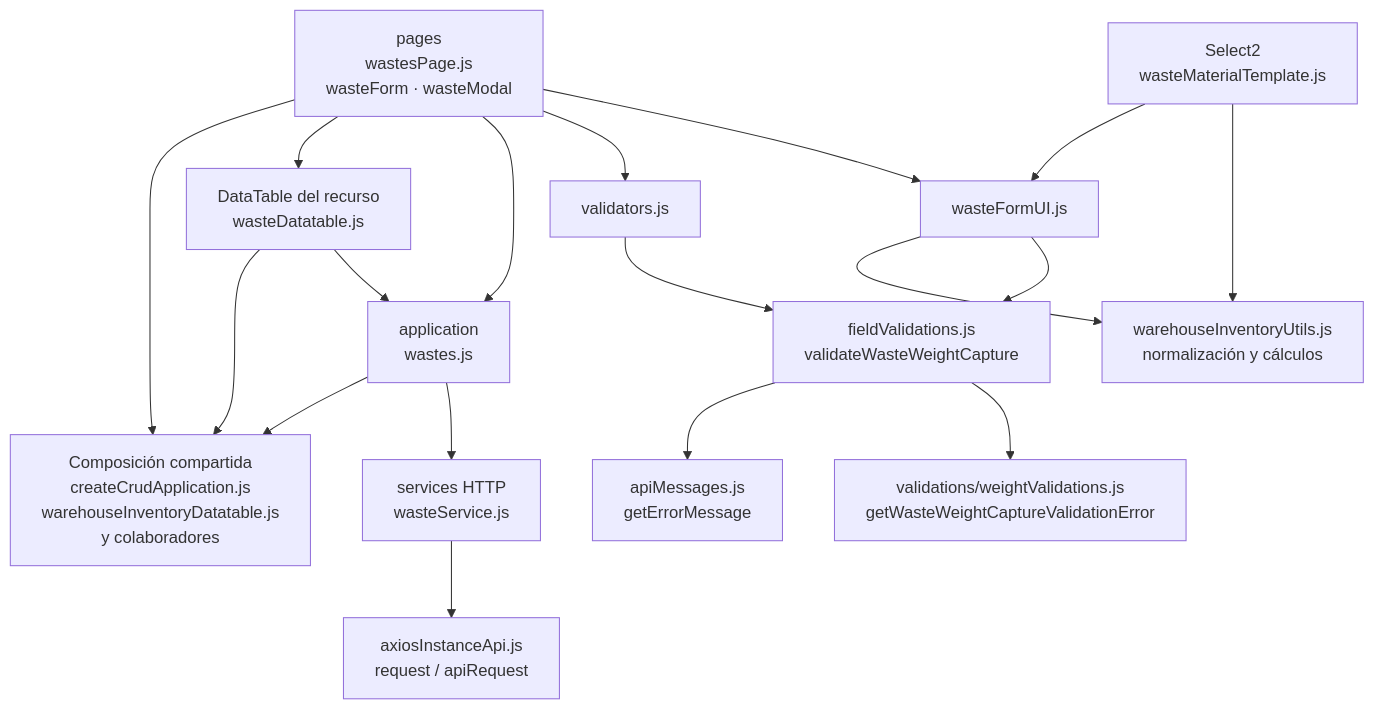
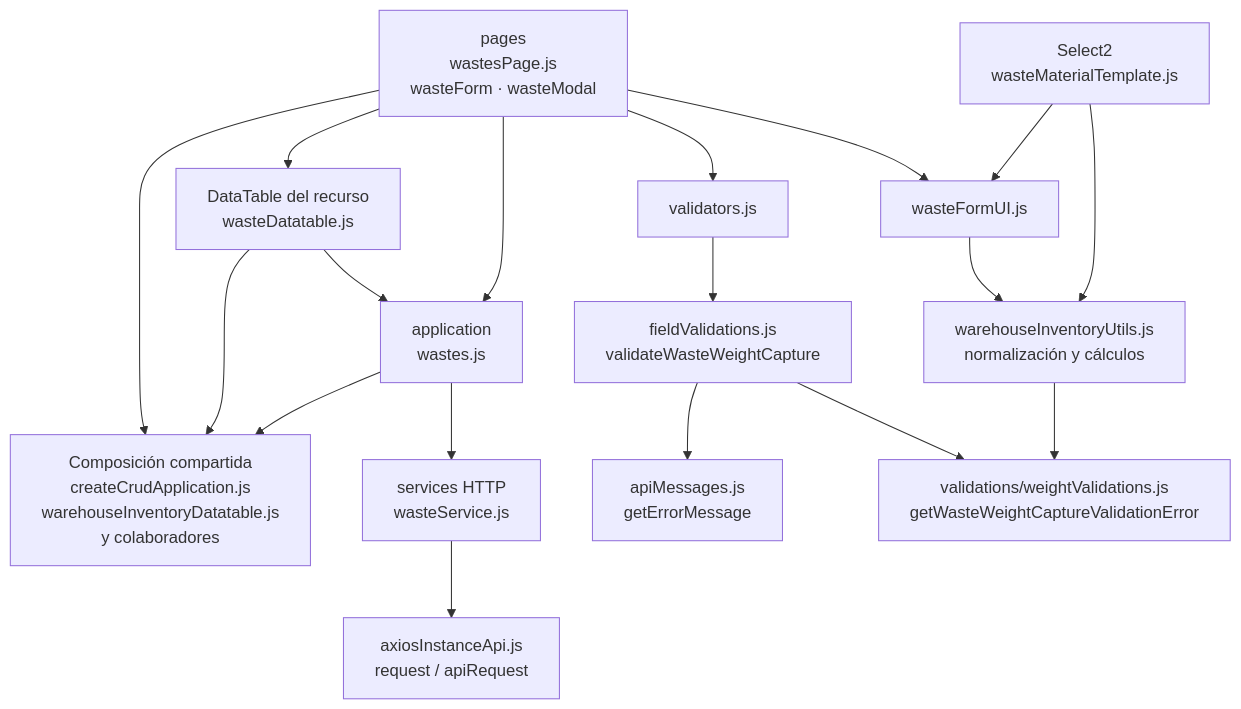
Before and after one commit to gpgsistemas01/nexus: the diagram in docs/architecture/views/development/frontend-technical-documentation/11-wastes-code.md, drawn with Mermaid. The commit also changed other lines of this file and 39 other files, not shown here.

````diff
--- a/docs/architecture/views/development/frontend-technical-documentation/11-wastes-code.md
+++ b/docs/architecture/views/development/frontend-technical-documentation/11-wastes-code.md
@@ -7,33 +7,33 @@
 ```mermaid
 flowchart TB
     P["pages<br/>wastesPage.js<br/>wasteForm · wasteModal"]
     A["application<br/>wastes.js"]
     R["services HTTP<br/>wasteService.js"]
     T["DataTable del recurso<br/>wasteDatatable.js"]
     U["Composición compartida<br/>createCrudApplication.js<br/>warehouseInventoryDatatable.js<br/>y colaboradores"]
     Validation["validators.js"]
     FieldValidation["fieldValidations.js<br/>validateWasteWeightCapture"]
     WeightRule["validations/weightValidations.js<br/>getWasteWeightCaptureValidationError"]
     Messages["apiMessages.js<br/>getErrorMessage"]
     H["axiosInstanceApi.js<br/>request / apiRequest"]
     InventoryUI["wasteFormUI.js"]
     Select["Select2<br/>wasteMaterialTemplate.js"]
-    InventoryUI --> FieldValidation
     InventoryUtils["warehouseInventoryUtils.js<br/>normalización y cálculos"]
     InventoryUI --> InventoryUtils
+    InventoryUtils --> WeightRule
     Select --> InventoryUtils
     Select --> InventoryUI
     P --> InventoryUI
     A --> R
     A --> U
     P --> Validation
     Validation --> FieldValidation
     FieldValidation --> WeightRule
     FieldValidation --> Messages
     P --> A
     P --> T
     P --> U
     R --> H
     T --> A
     T --> U
 ```
````
